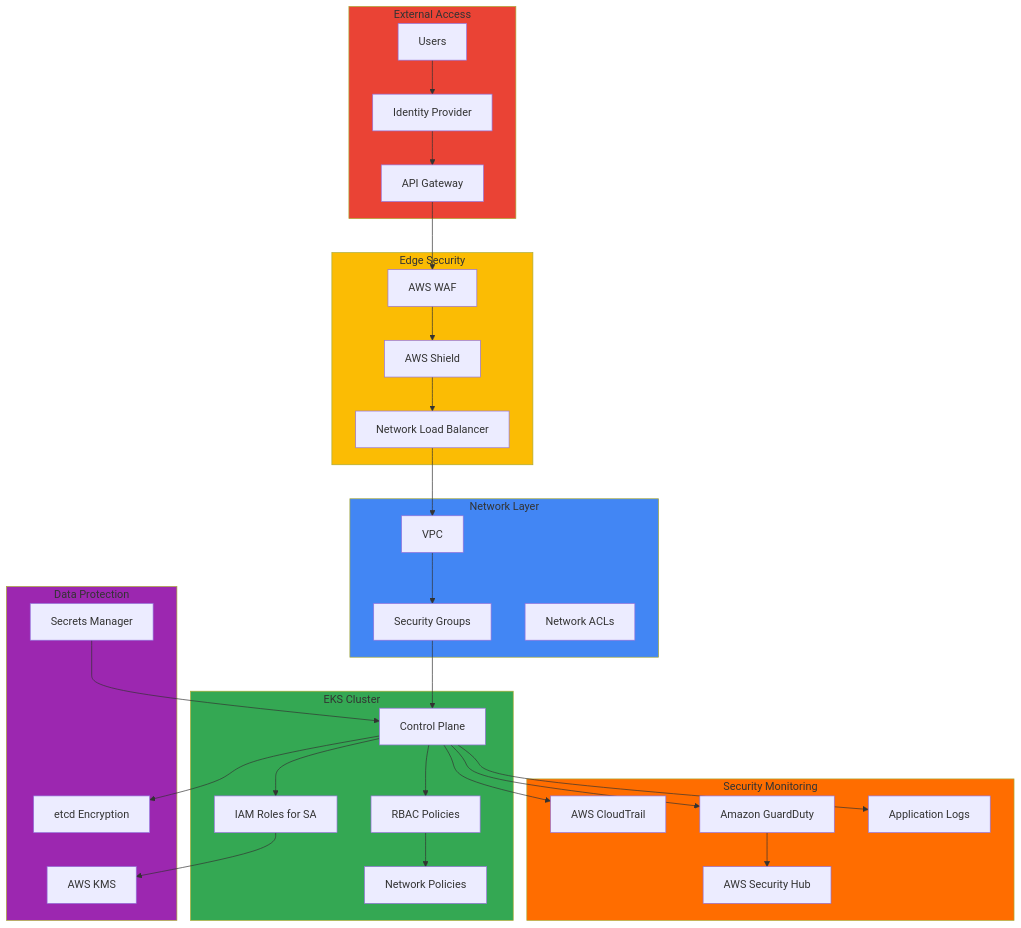
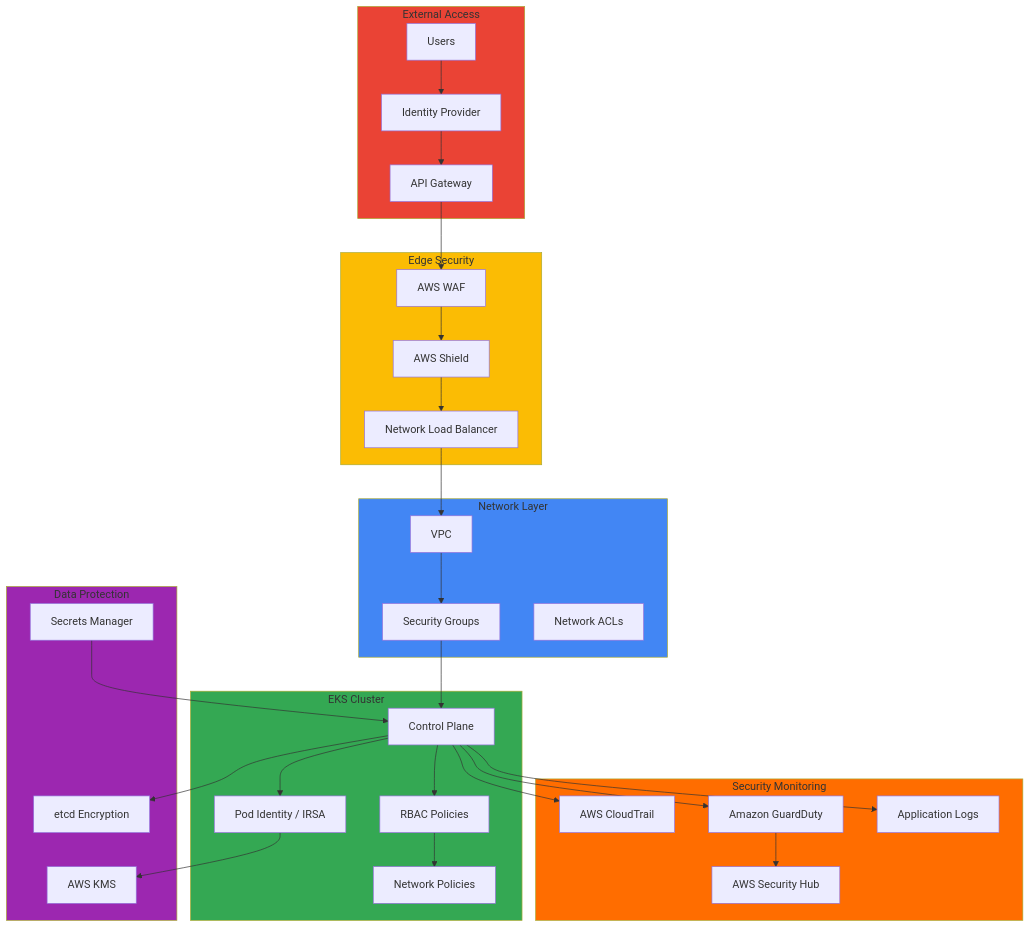
One commit to devfloor9/engineering-playbook changed the diagram in docs/security-governance/index.md. Above: the diagram before and after it, drawn with Mermaid. The commit also changed other lines of this file and 14 other files, not shown here.

````diff
--- a/docs/security-governance/index.md
+++ b/docs/security-governance/index.md
@@ -30,66 +46,66 @@
 ```mermaid
 graph TB
     subgraph External["External Access"]
         Users["Users"]
         IdP["Identity Provider"]
         API["API Gateway"]
     end
     
     subgraph EdgeSecurity["Edge Security"]
         WAF["AWS WAF"]
         Shield["AWS Shield"]
         NLB["Network Load Balancer"]
     end
     
     subgraph Network["Network Layer"]
         VPC["VPC"]
         SG["Security Groups"]
         NACL["Network ACLs"]
     end
     
     subgraph EKS["EKS Cluster"]
         CP["Control Plane"]
         RBAC["RBAC Policies"]
         NetworkPolicy["Network Policies"]
-        IRSA["IAM Roles for SA"]
+        IRSA["Pod Identity / IRSA"]
     end
     
     subgraph DataProtection["Data Protection"]
         KMS["AWS KMS"]
         Secrets["Secrets Manager"]
         Encryption["etcd Encryption"]
     end
     
     subgraph Monitoring["Security Monitoring"]
         CloudTrail["AWS CloudTrail"]
         GuardDuty["Amazon GuardDuty"]
         SecurityHub["AWS Security Hub"]
         Logs["Application Logs"]
     end
     
     Users --> IdP
     IdP --> API
     API --> WAF
     WAF --> Shield
     Shield --> NLB
     NLB --> VPC
     VPC --> SG
     SG --> CP
     CP --> RBAC
     RBAC --> NetworkPolicy
     CP --> IRSA
     IRSA --> KMS
     Secrets --> CP
     CP --> Encryption
     CP --> CloudTrail
     CP --> GuardDuty
     GuardDuty --> SecurityHub
     CP --> Logs
     
     style External fill:#ea4335
     style EdgeSecurity fill:#fbbc04
     style Network fill:#4286f4
     style EKS fill:#34a853
     style DataProtection fill:#9c27b0
     style Monitoring fill:#ff6d00
 ```
````
